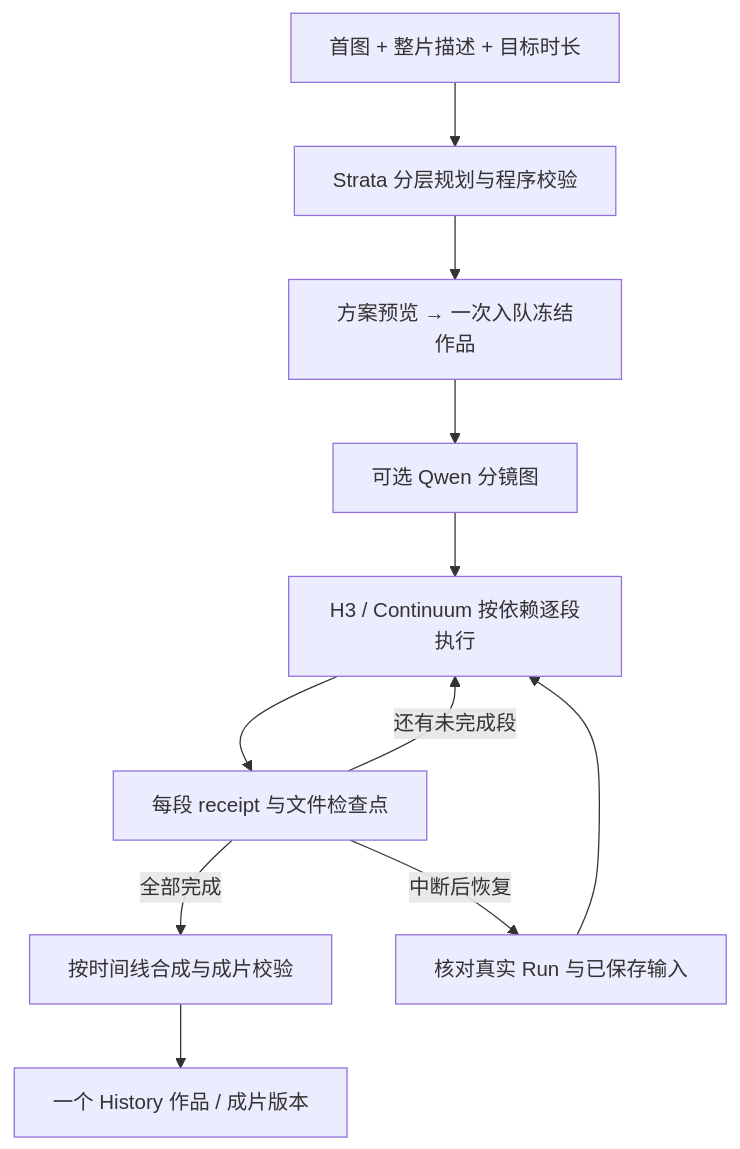
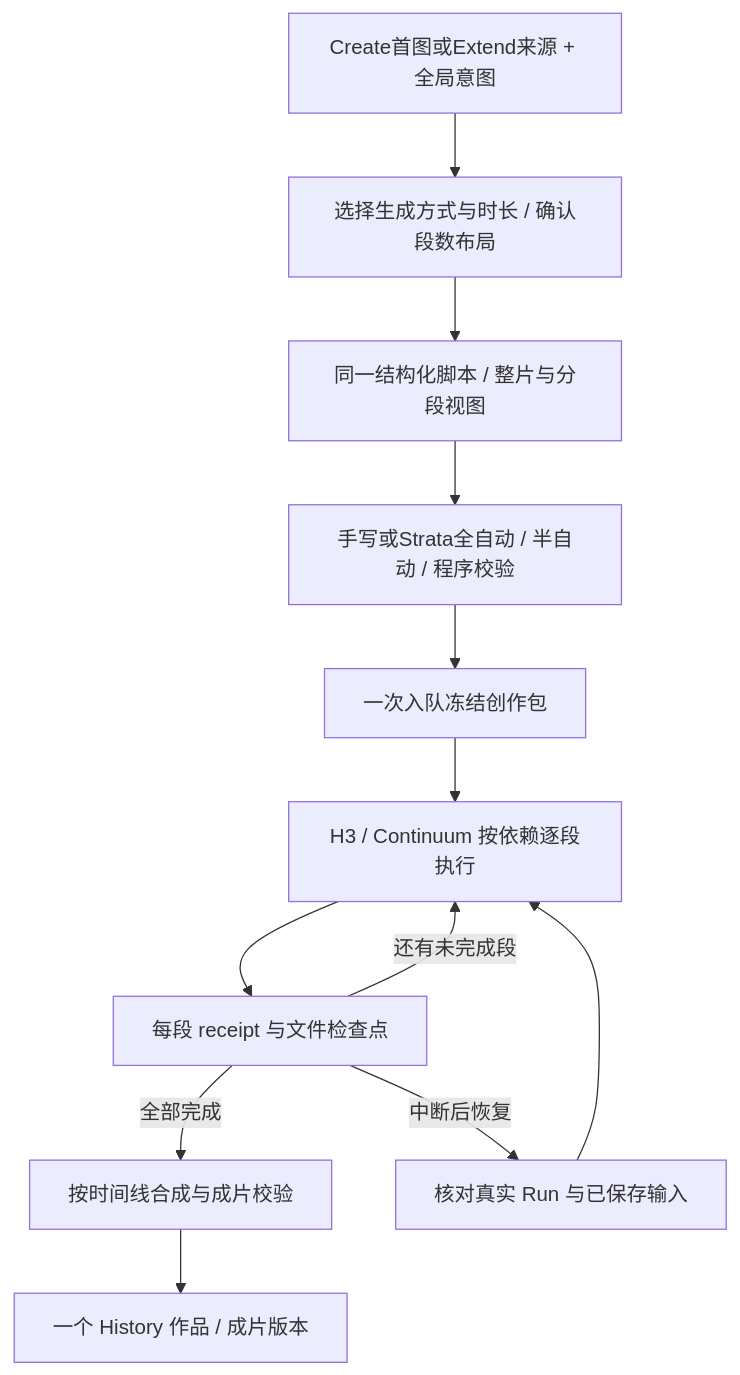
Before and after one commit to wxy112300/AIVideoGenTool: the diagram in docs/tasks/2026-10-18-long-video-director/PLAN.md, drawn with Mermaid. The commit also changed other lines of this file and 24 other files, not shown here.

````diff
--- a/docs/tasks/2026-10-18-long-video-director/PLAN.md
+++ b/docs/tasks/2026-10-18-long-video-director/PLAN.md
@@ -18,13 +19,14 @@
 ```mermaid
 flowchart TD
-  INPUT[首图 + 整片描述 + 目标时长] --> PLAN[Strata 分层规划与程序校验]
-  PLAN --> SNAP[方案预览 → 一次入队冻结作品]
-  SNAP --> IMAGE[可选 Qwen 分镜图]
-  IMAGE --> RENDER[H3 / Continuum 按依赖逐段执行]
+  INPUT[Create首图或Extend来源 + 全局意图] --> LAYOUT[选择生成方式与时长 / 确认段数布局]
+  LAYOUT --> SCRIPT[同一结构化脚本 / 整片与分段视图]
+  SCRIPT --> PLAN[手写或Strata全自动 / 半自动 / 程序校验]
+  PLAN --> SNAP[一次入队冻结创作包]
+  SNAP --> RENDER[H3 / Continuum 按依赖逐段执行]
   RENDER --> CHECK[每段 receipt 与文件检查点]
   CHECK -->|还有未完成段| RENDER
   CHECK -->|全部完成| ASSEMBLE[按时间线合成与成片校验]
   ASSEMBLE --> HISTORY[一个 History 作品 / 成片版本]
   CHECK -->|中断后恢复| RESUME[核对真实 Run 与已保存输入]
   RESUME --> RENDER
 ```
````
